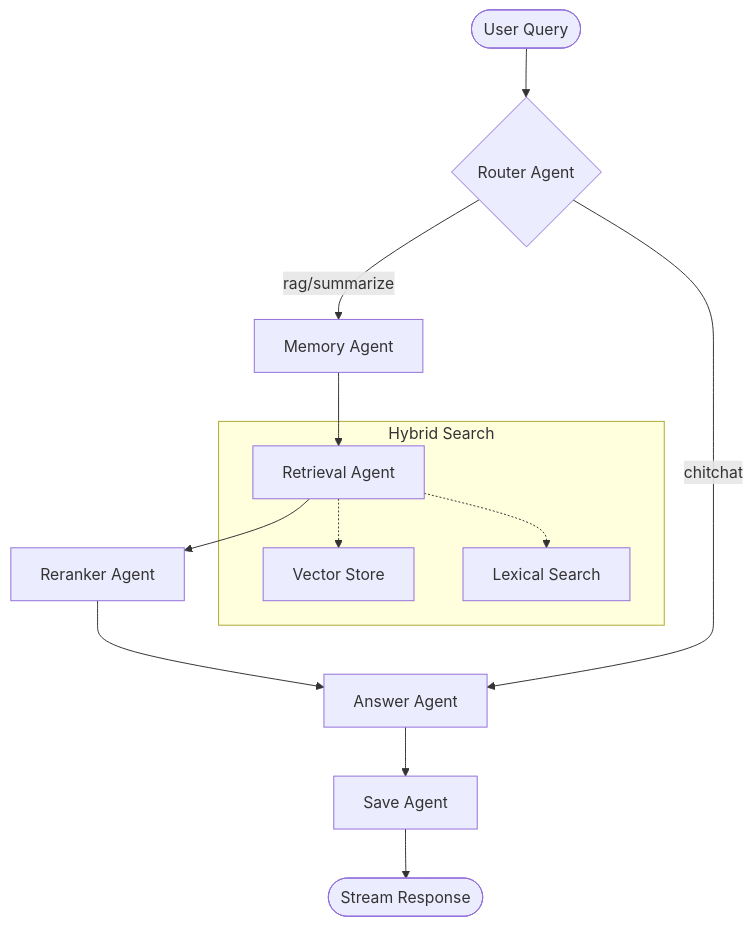
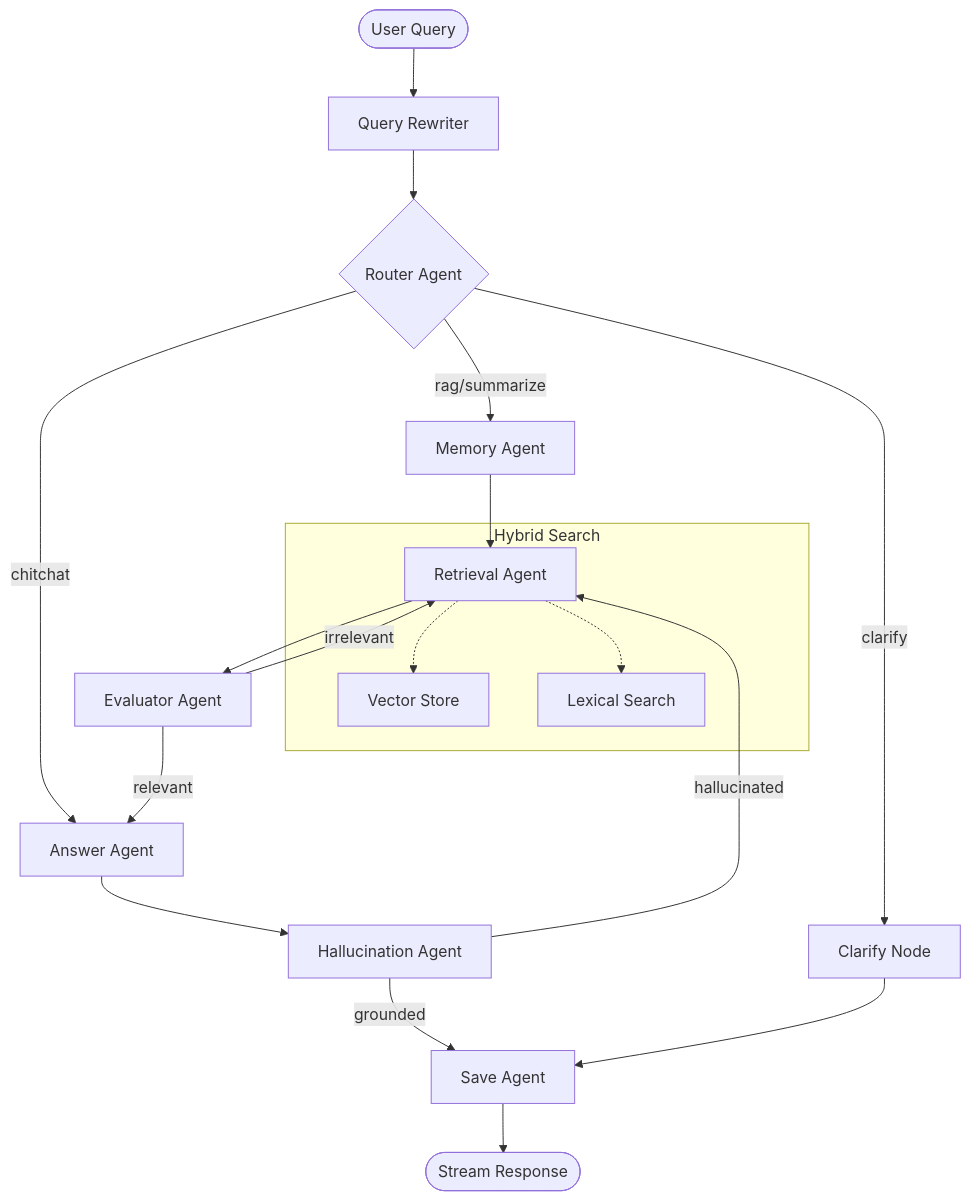
Before and after one commit to twilightt1/rag_backend: the diagram in README.md, drawn with Mermaid. The commit also changed other lines of this file and 2 other files, not shown here.

First line of the commit message:
docs: update architecture diagram and environment setup

````diff
--- a/README.md
+++ b/README.md
@@ -50,19 +51,27 @@
 ```mermaid
 graph TD
-    User([User Query]) --> Router{Router Agent}
+    User([User Query]) --> Rewriter[Query Rewriter]
+    Rewriter --> Router{Router Agent}
     
     Router -- rag/summarize --> Memory[Memory Agent]
     Router -- chitchat --> Answer[Answer Agent]
+    Router -- clarify --> Clarify[Clarify Node]
     
     Memory --> Retrieval[Retrieval Agent]
-    Retrieval --> Reranker[Reranker Agent]
-    Reranker --> Answer
+    Retrieval --> Evaluator[Evaluator Agent]
     
-    Answer --> Save[Save Agent]
+    Evaluator -- irrelevant --> Retrieval
+    Evaluator -- relevant --> Answer
+    
+    Answer --> Hallucination[Hallucination Agent]
+    Hallucination -- hallucinated --> Retrieval
+    Hallucination -- grounded --> Save[Save Agent]
+    
+    Clarify --> Save
     Save --> End([Stream Response])
     
     subgraph "Hybrid Search"
     Retrieval -.-> Vector[Vector Store]
     Retrieval -.-> BM25[Lexical Search]
     end
 ```
````
